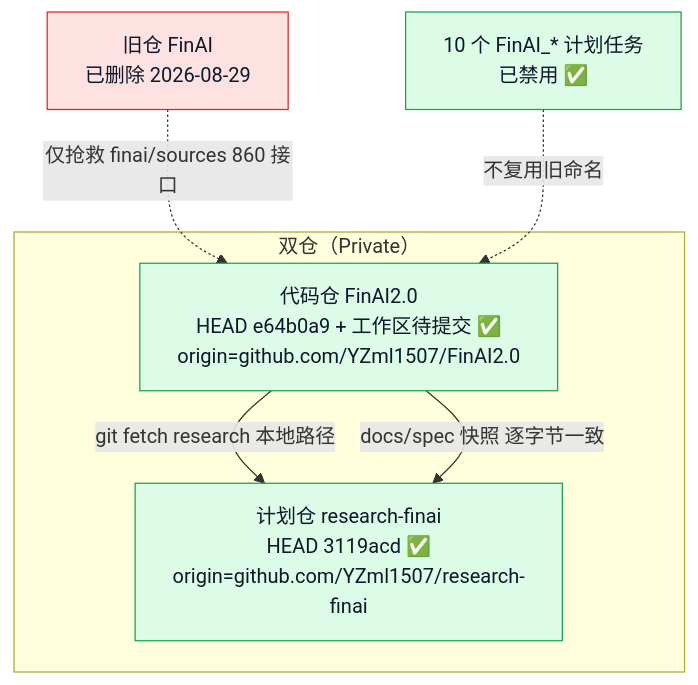
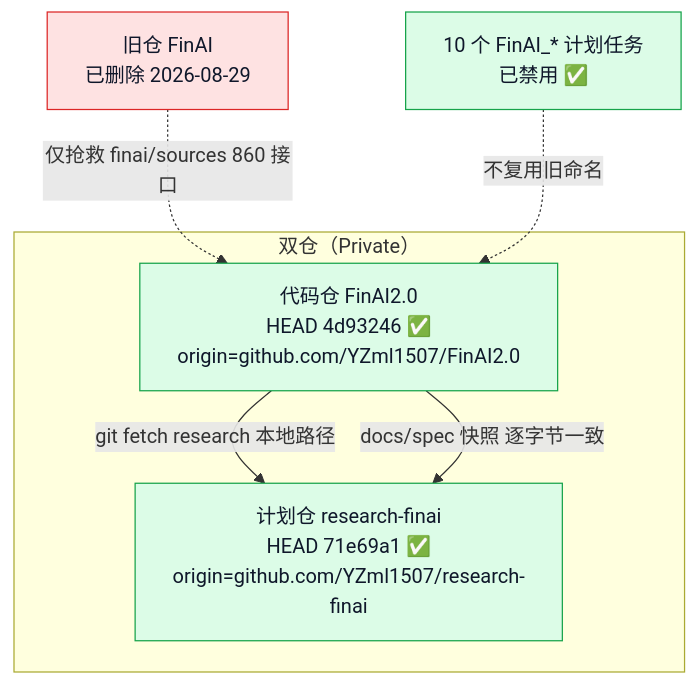
Before and after one commit to YZml1507/FinAI2.0: the first of 6 diagrams in docs/project_status_flowchart.md, drawn with Mermaid. The commit also changed other lines of this file and 1 other file, not shown here.

Commit message:
docs: update flowchart to reflect Phase 1 gate suite completion and 681 passed baseline

````diff
--- a/docs/project_status_flowchart.md
+++ b/docs/project_status_flowchart.md
@@ -9,17 +9,17 @@
 ```mermaid
 flowchart TD
   subgraph REPO["双仓（Private）"]
-    F["代码仓 FinAI2.0<br/>HEAD e64b0a9 + 工作区待提交 ✅<br/>origin=github.com/YZml1507/FinAI2.0"] 
-    R["计划仓 research-finai<br/>HEAD 3119acd ✅<br/>origin=github.com/YZml1507/research-finai"]
+    F["代码仓 FinAI2.0<br/>HEAD 4d93246 ✅<br/>origin=github.com/YZml1507/FinAI2.0"] 
+    R["计划仓 research-finai<br/>HEAD 71e69a1 ✅<br/>origin=github.com/YZml1507/research-finai"]
     F -->|git fetch research 本地路径| R
     F -->|docs/spec 快照 逐字节一致| R
   end
   DEL["旧仓 FinAI<br/>已删除 2026-08-29"]
   TASK["10 个 FinAI_* 计划任务<br/>已禁用 ✅"]
   DEL -.->|仅抢救 finai/sources 860 接口| F
   TASK -.->|不复用旧命名| F
   style F fill:#dcfce7,stroke:#16a34a,color:#0f172a
   style R fill:#dcfce7,stroke:#16a34a,color:#0f172a
   style DEL fill:#fee2e2,stroke:#dc2626,color:#0f172a
   style TASK fill:#dcfce7,stroke:#16a34a,color:#0f172a
 ```
````
